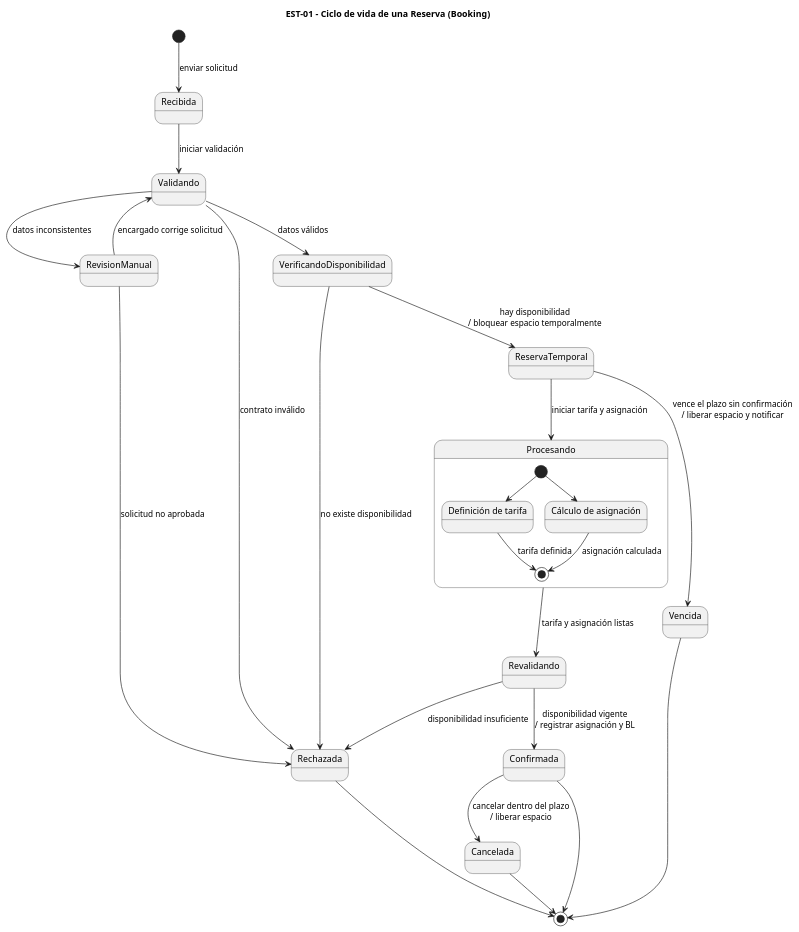
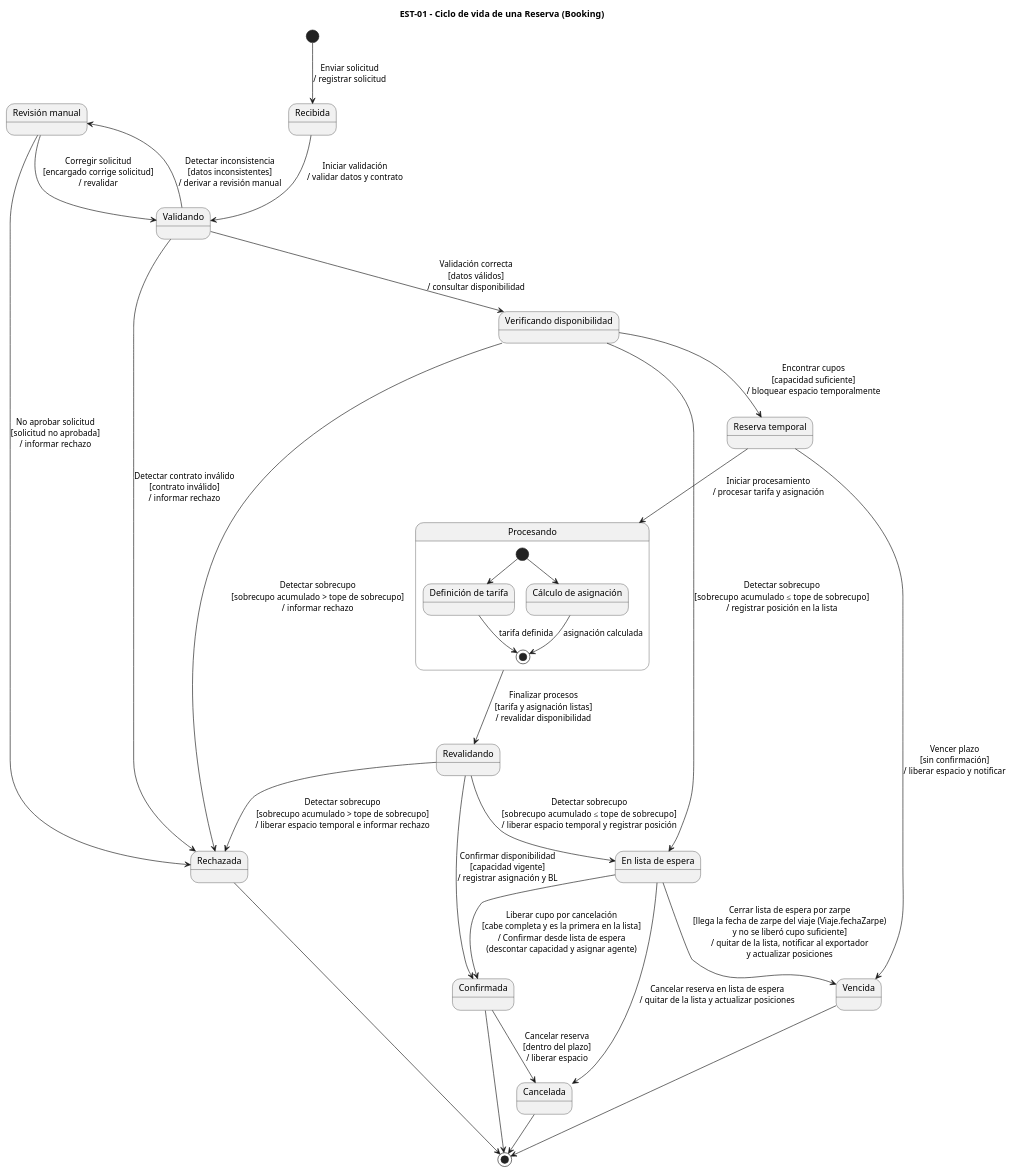
One commit to NaviCarga/Navieras changed the diagram in diagramas/est-01.puml. Above: the diagram before and after it, drawn with PlantUML. The commit also changed 2 other files, not shown here.

```diff
--- a/diagramas/est-01.puml
+++ b/diagramas/est-01.puml
@@ -2,45 +2,56 @@
 @startuml
 title EST-01 - Ciclo de vida de una Reserva (Booking)
 
-[*] --> Recibida : enviar solicitud
+state "Revisión manual" as RevisionManual
+state "Verificando disponibilidad" as VerificandoDisponibilidad
+state "Reserva temporal" as ReservaTemporal
+state "En lista de espera" as EnListaEspera
 
-Recibida --> Validando : iniciar validación
+[*] --> Recibida : Enviar solicitud\n/ registrar solicitud
 
-Validando --> RevisionManual : datos inconsistentes
-Validando --> Rechazada : contrato inválido
-Validando --> VerificandoDisponibilidad : datos válidos
+Recibida --> Validando : Iniciar validación\n/ validar datos y contrato
 
-RevisionManual --> Validando : encargado corrige solicitud
-RevisionManual --> Rechazada : solicitud no aprobada
+Validando --> RevisionManual : Detectar inconsistencia\n[datos inconsistentes]\n/ derivar a revisión manual
+Validando --> Rechazada : Detectar contrato inválido\n[contrato inválido]\n/ informar rechazo
+Validando --> VerificandoDisponibilidad : Validación correcta\n[datos válidos]\n/ consultar disponibilidad
 
-VerificandoDisponibilidad --> Rechazada : no existe disponibilidad
-VerificandoDisponibilidad --> ReservaTemporal : hay disponibilidad\n/ bloquear espacio temporalmente
+RevisionManual --> Validando : Corregir solicitud\n[encargado corrige solicitud]\n/ revalidar
+RevisionManual --> Rechazada : No aprobar solicitud\n[solicitud no aprobada]\n/ informar rechazo
 
-ReservaTemporal --> Procesando : iniciar tarifa y asignación
+VerificandoDisponibilidad --> ReservaTemporal : Encontrar cupos\n[capacidad suficiente]\n/ bloquear espacio temporalmente
+VerificandoDisponibilidad --> EnListaEspera : Detectar sobrecupo\n[sobrecupo acumulado ≤ tope de sobrecupo]\n/ registrar posición en la lista
+VerificandoDisponibilidad --> Rechazada : Detectar sobrecupo\n[sobrecupo acumulado > tope de sobrecupo]\n/ informar rechazo
+
+ReservaTemporal --> Procesando : Iniciar procesamiento\n/ procesar tarifa y asignación
 
 state Procesando {
   state "Definición de tarifa" as Tarifa
   state "Cálculo de asignación" as Asignacion
 
   [*] --> Tarifa
   [*] --> Asignacion
 
   Tarifa --> [*] : tarifa definida
   Asignacion --> [*] : asignación calculada
 }
 
-Procesando --> Revalidando : tarifa y asignación listas
+Procesando --> Revalidando : Finalizar procesos\n[tarifa y asignación listas]\n/ revalidar disponibilidad
 
-Revalidando --> Confirmada : disponibilidad vigente\n/ registrar asignación y BL
-Revalidando --> Rechazada : disponibilidad insuficiente
+Revalidando --> Confirmada : Confirmar disponibilidad\n[capacidad vigente]\n/ registrar asignación y BL
+Revalidando --> EnListaEspera : Detectar sobrecupo\n[sobrecupo acumulado ≤ tope de sobrecupo]\n/ liberar espacio temporal y registrar posición
+Revalidando --> Rechazada : Detectar sobrecupo\n[sobrecupo acumulado > tope de sobrecupo]\n/ liberar espacio temporal e informar rechazo
 
-ReservaTemporal --> Vencida : vence el plazo sin confirmación\n/ liberar espacio y notificar
+ReservaTemporal --> Vencida : Vencer plazo\n[sin confirmación]\n/ liberar espacio y notificar
 
-Confirmada --> Cancelada : cancelar dentro del plazo\n/ liberar espacio
+Confirmada --> Cancelada : Cancelar reserva\n[dentro del plazo]\n/ liberar espacio
+
+EnListaEspera --> Confirmada : Liberar cupo por cancelación\n[cabe completa y es la primera en la lista]\n/ Confirmar desde lista de espera\n(descontar capacidad y asignar agente)
+EnListaEspera --> Cancelada : Cancelar reserva en lista de espera\n/ quitar de la lista y actualizar posiciones
+EnListaEspera --> Vencida : Cerrar lista de espera por zarpe\n[llega la fecha de zarpe del viaje (Viaje.fechaZarpe)\ny no se liberó cupo suficiente]\n/ quitar de la lista, notificar al exportador\ny actualizar posiciones
 
 Confirmada --> [*]
 Rechazada --> [*]
 Vencida --> [*]
 Cancelada --> [*]
 
 @enduml
```
